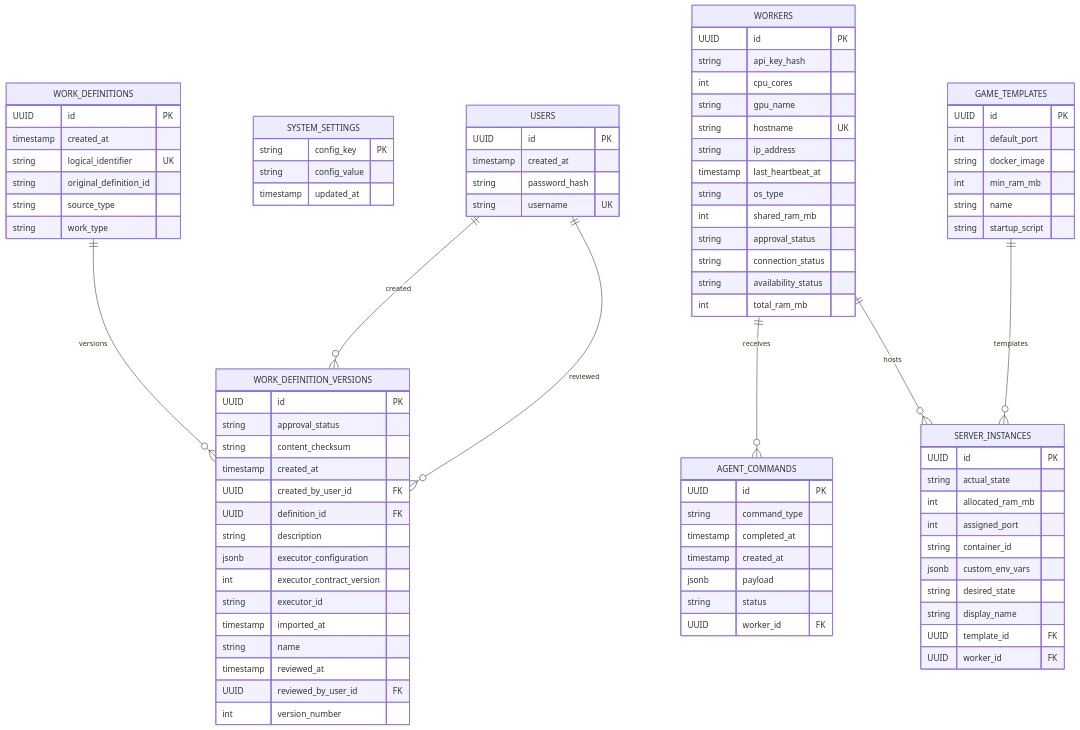
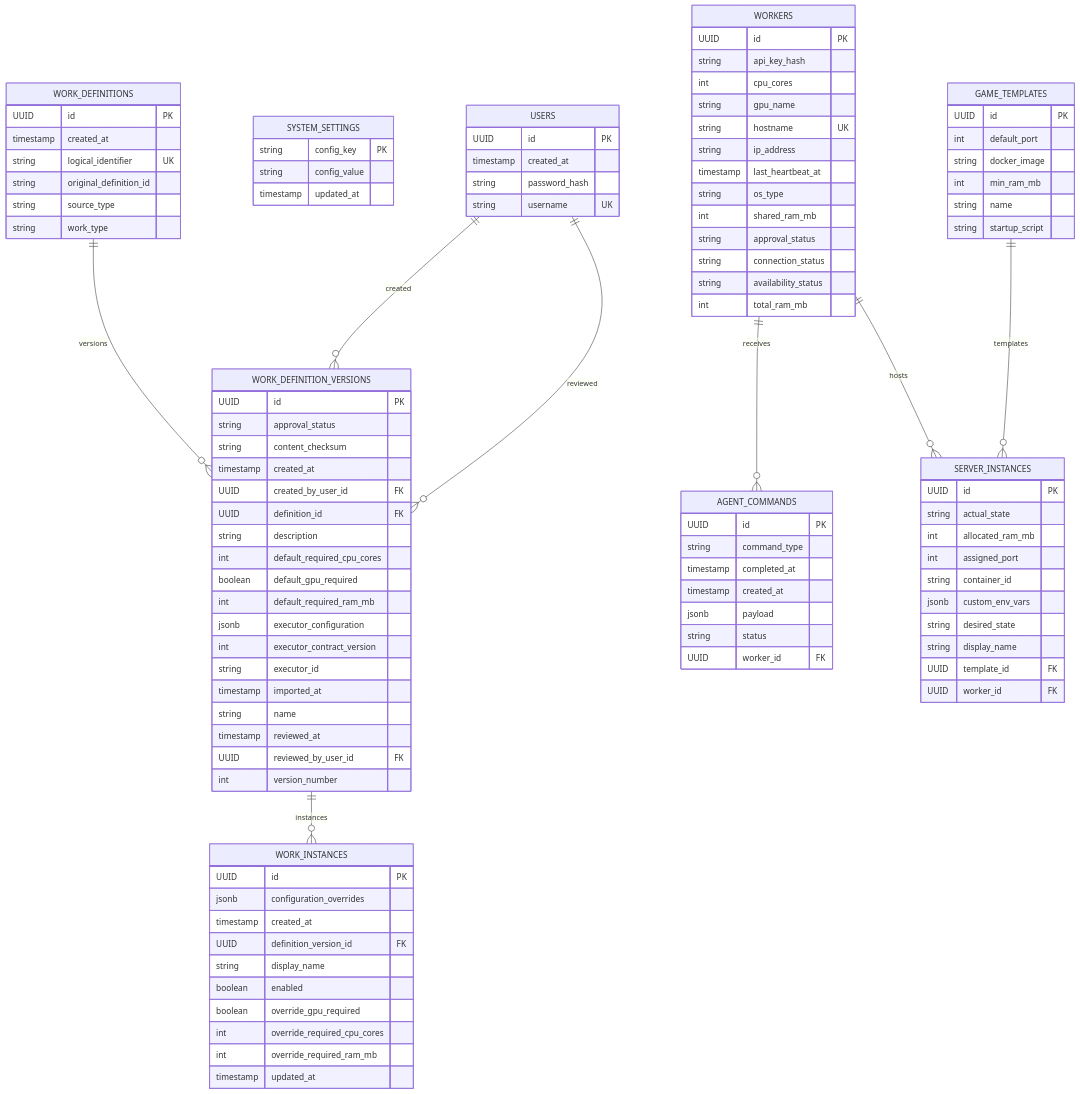
One commit to xEdziu/LocalHive changed the diagram in docs/database.md. Above: the diagram before and after it, drawn with Mermaid. The commit also changed other lines of this file and 21 other files, not shown here.

Commit message:
feat: add work instance persistence and configuration

````diff
--- a/docs/database.md
+++ b/docs/database.md
@@ -81,6 +83,9 @@
         UUID created_by_user_id FK
         UUID definition_id FK
         string description
+        int default_required_cpu_cores
+        boolean default_gpu_required
+        int default_required_ram_mb
         jsonb executor_configuration
         int executor_contract_version
         string executor_id
@@ -89,6 +94,19 @@
         timestamp reviewed_at
         UUID reviewed_by_user_id FK
         int version_number
+    }
+
+    WORK_INSTANCES {
+        UUID id PK
+        jsonb configuration_overrides
+        timestamp created_at
+        UUID definition_version_id FK
+        string display_name
+        boolean enabled
+        boolean override_gpu_required
+        int override_required_cpu_cores
+        int override_required_ram_mb
+        timestamp updated_at
     }
 
     GAME_TEMPLATES {
@@ -127,6 +145,7 @@
     WORKERS ||--o{ SERVER_INSTANCES : hosts
     GAME_TEMPLATES ||--o{ SERVER_INSTANCES : templates
     WORK_DEFINITIONS ||--o{ WORK_DEFINITION_VERSIONS : versions
+    WORK_DEFINITION_VERSIONS ||--o{ WORK_INSTANCES : instances
     USERS ||--o{ WORK_DEFINITION_VERSIONS : created
     USERS ||--o{ WORK_DEFINITION_VERSIONS : reviewed
 ```
````
